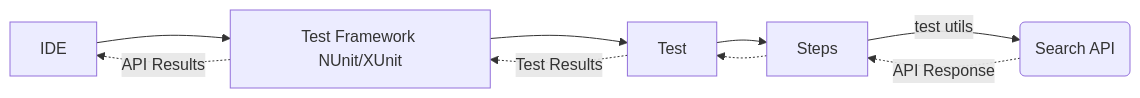
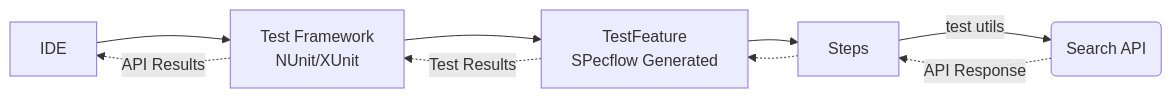
Before and after one commit to freemansoft/SimpleWebUITestEnvironment: the third of 5 diagrams in README.md, drawn with Mermaid. The commit also changed other lines of this file, not shown here.

Commit message:
Specflow test wrapper update

````diff
--- a/README.md
+++ b/README.md
@@ -91,9 +91,9 @@
 ```mermaid
 graph LR
-    IDE --> TestFramework[Test Framework NUnit/XUnit] --> Test --> Steps -->|test utils| SearchApi(Search API);
+    IDE --> TestFramework[Test Framework<br/>NUnit/XUnit] --> Test[TestFeature<br/>SPecflow Generated] --> Steps -->|test utils| SearchApi(Search API);
     SearchApi -.->|API Response| Steps ;
     Steps -.-> Test
     Test -.->|Test Results| TestFramework;
     TestFramework -.->|API Results| IDE;
 
 ```
````
